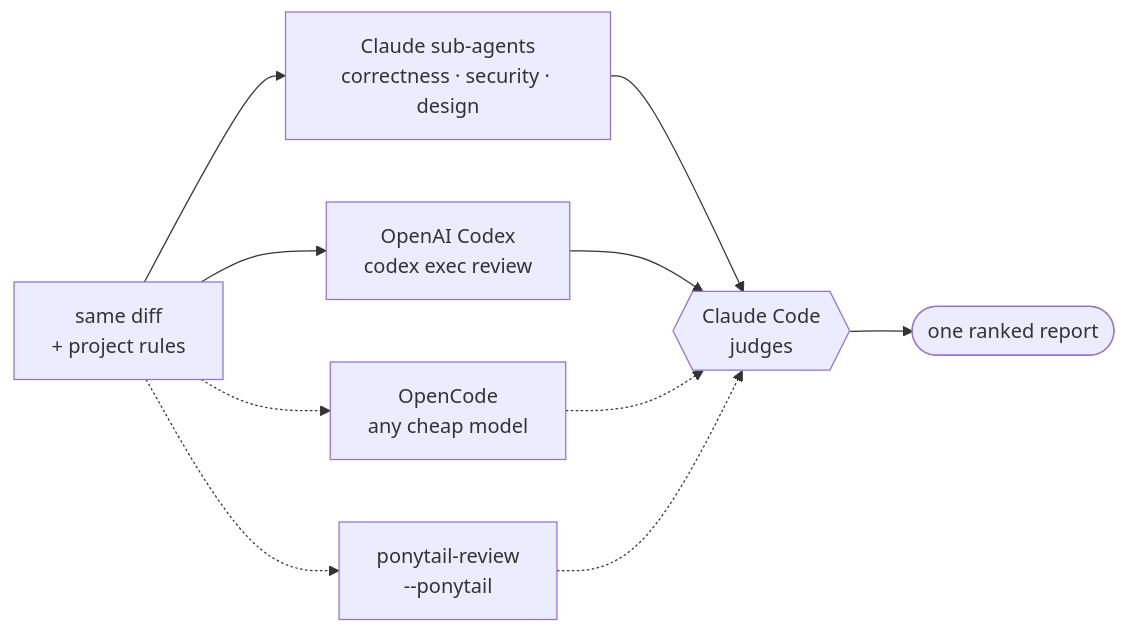
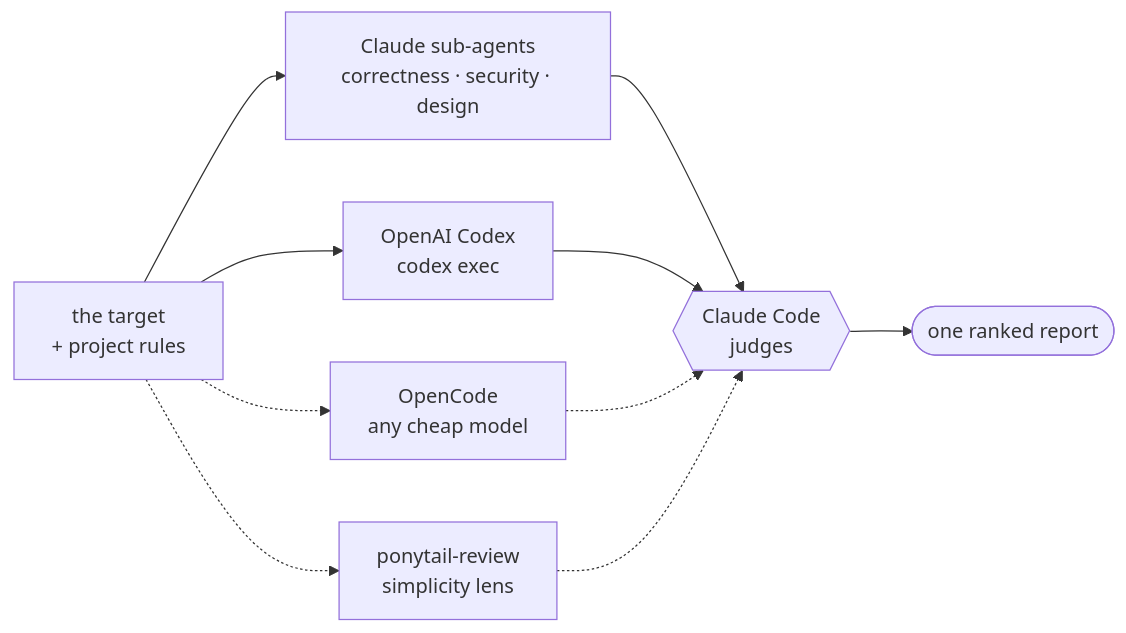
Before and after one commit to szarkans/multi: the diagram in README.md, drawn with Mermaid. The commit also changed other lines of this file and 13 other files, not shown here.

First line of the commit message:
Review whatever is named, not only a diff

````diff
--- a/README.md
+++ b/README.md
@@ -39,16 +49,16 @@
 ```mermaid
 flowchart LR
-    IN["same diff<br/>+ project rules"]
+    IN["the target<br/>+ project rules"]
     CL["Claude sub-agents<br/>correctness · security · design"]
-    CX["OpenAI Codex<br/>codex exec review"]
+    CX["OpenAI Codex<br/>codex exec"]
     OC["OpenCode<br/>any cheap model"]
-    PT["ponytail-review<br/>--ponytail"]
+    PT["ponytail-review<br/>simplicity lens"]
     J{{"Claude Code<br/>judges"}}
     R(["one ranked report"])
 
     IN --> CL --> J
     IN --> CX --> J
     IN -.-> OC -.-> J
     IN -.-> PT -.-> J
     J --> R
 ```
````
